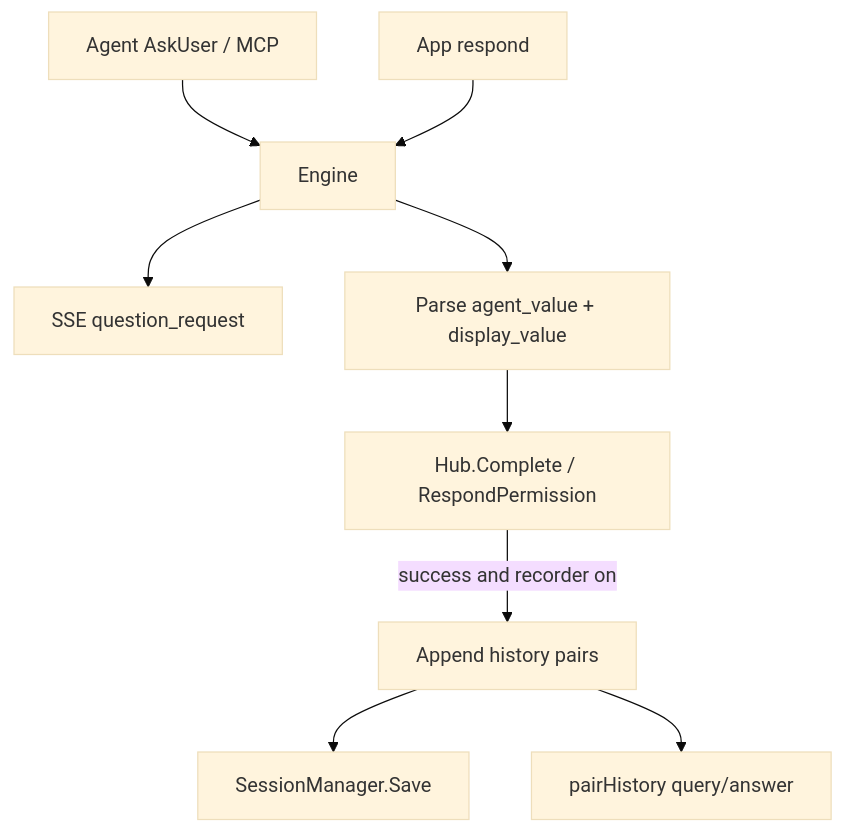
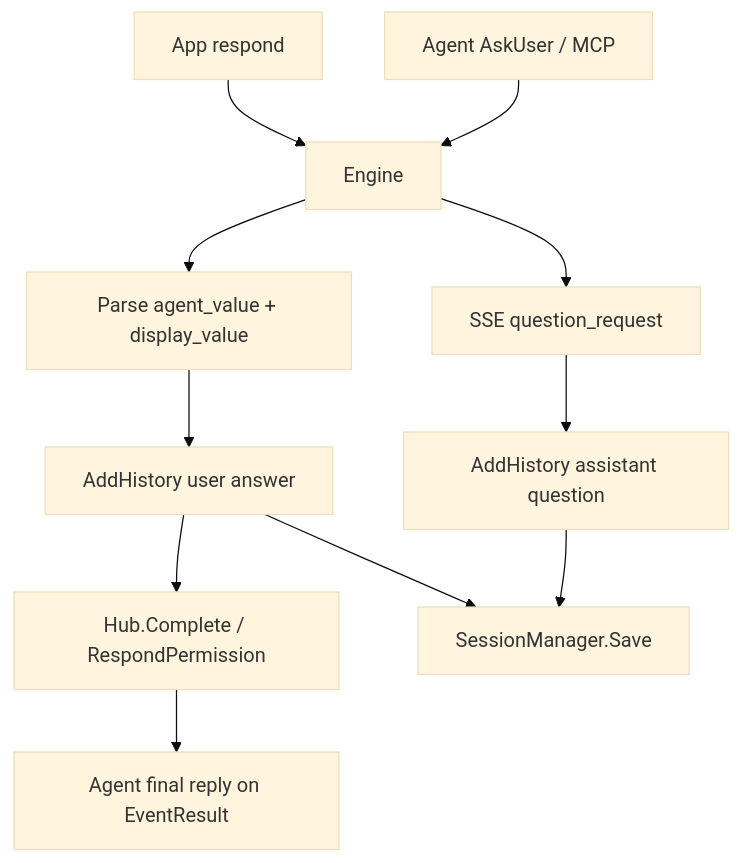
The diagram in docs/plans/2026-07-23-chat-api-askuserquestion-history-design.md (lengzhao/cc-connect), drawn with Mermaid (base theme) before and after one commit. The commit also changed other lines of this file and 6 other files, not shown here.

First line of the commit message:
fix(chat-api): incremental AskUserQuestion history and ping cache

````diff
--- a/docs/plans/2026-07-23-chat-api-askuserquestion-history-design.md
+++ b/docs/plans/2026-07-23-chat-api-askuserquestion-history-design.md
@@ -21,11 +21,13 @@
 ```mermaid
 flowchart TD
   agent[Agent AskUser / MCP] --> eng[Engine]
   eng --> sse[SSE question_request]
+  sse --> histQ[AddHistory assistant question]
   user[App respond] --> eng
   eng --> dual[Parse agent_value + display_value]
-  dual --> agentResp[Hub.Complete / RespondPermission]
-  agentResp -->|success and recorder on| hist[Append history pairs]
-  hist --> save[SessionManager.Save]
-  hist --> pair[pairHistory query/answer]
+  dual --> histA[AddHistory user answer]
+  histA --> agentResp[Hub.Complete / RespondPermission]
+  agentResp --> final[Agent final reply on EventResult]
+  histQ --> save[SessionManager.Save]
+  histA --> save
 ```
````
